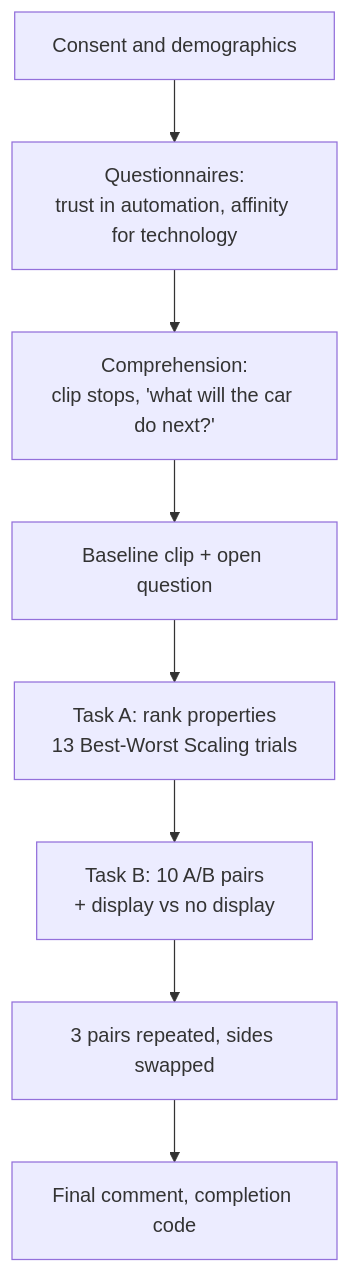
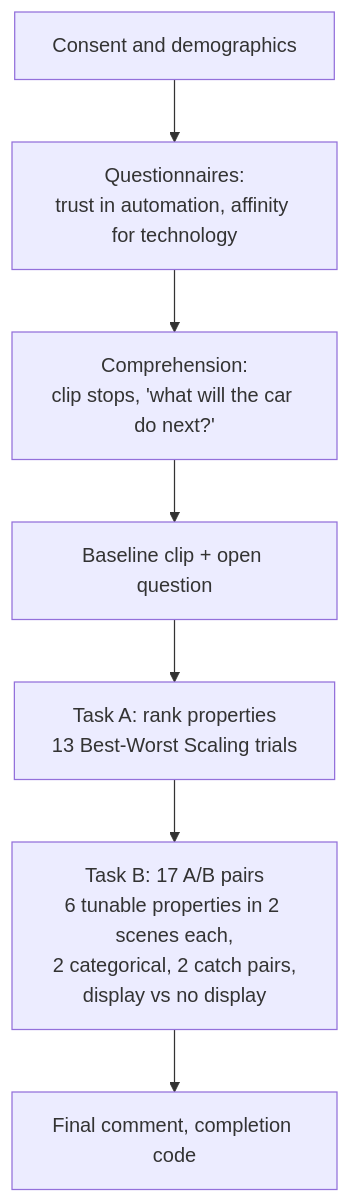
Before and after one commit to Shaadalam9/display-properties: the second of 2 diagrams in README.md, drawn with Mermaid. The commit also changed other lines of this file and 14 other files, not shown here.

````diff
--- a/README.md
+++ b/README.md
@@ -158,10 +165,9 @@
 ```mermaid
 flowchart TD
     A[Consent and demographics] --> B[Questionnaires:<br/>trust in automation, affinity for technology]
     B --> C[Comprehension:<br/>clip stops, 'what will the car do next?']
     C --> D[Baseline clip + open question]
     D --> E[Task A: rank properties<br/>13 Best-Worst Scaling trials]
-    E --> F[Task B: 10 A/B pairs<br/>+ display vs no display]
-    F --> G[3 pairs repeated, sides swapped]
-    G --> H[Final comment, completion code]
+    E --> F[Task B: 17 A/B pairs<br/>6 tunable properties in 2 scenes each,<br/>2 categorical, 2 catch pairs,<br/>display vs no display]
+    F --> H[Final comment, completion code]
 ```
````
